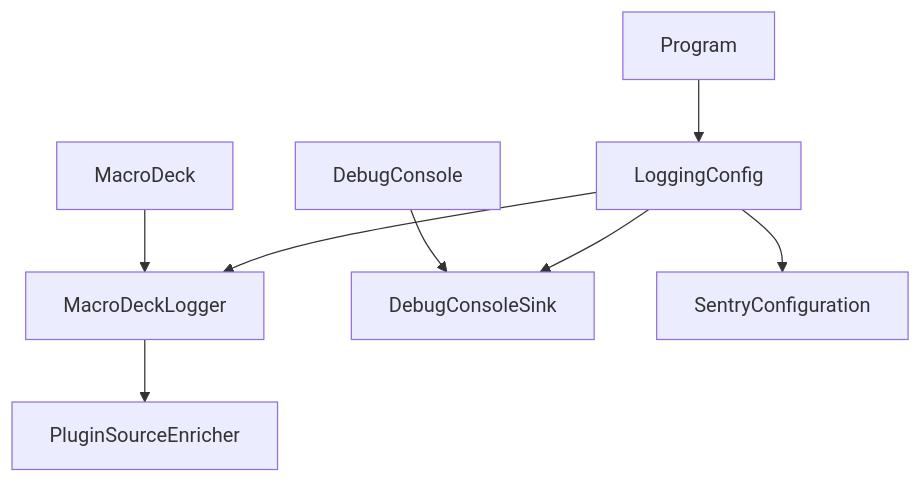
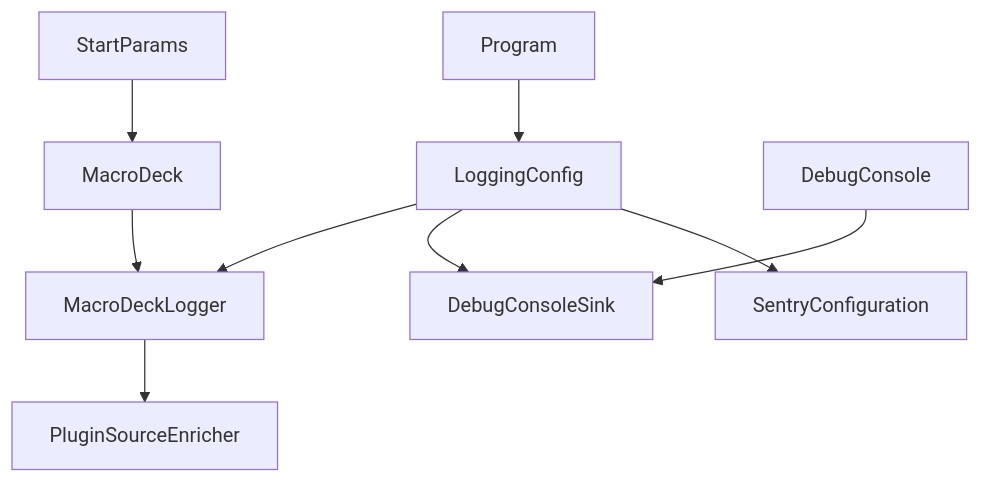
Before and after one commit to tea4go/Macro-Deck: the ninth of 9 diagrams in .qoder/repowiki/zh/content/日志和监控/日志和监控.md, drawn with Mermaid. The commit also changed other lines of this file and 146 other files, not shown here.

````diff
--- a/.qoder/repowiki/zh/content/日志和监控/日志和监控.md
+++ b/.qoder/repowiki/zh/content/日志和监控/日志和监控.md
@@ -324,10 +352,11 @@
 ```mermaid
 graph TB
 Program --> LoggingConfig
 LoggingConfig --> MacroDeckLogger
 LoggingConfig --> DebugConsoleSink
 LoggingConfig --> SentryConfiguration
 MacroDeckLogger --> PluginSourceEnricher
 MacroDeck --> MacroDeckLogger
 DebugConsole --> DebugConsoleSink
+StartParams --> MacroDeck
 ```
````
